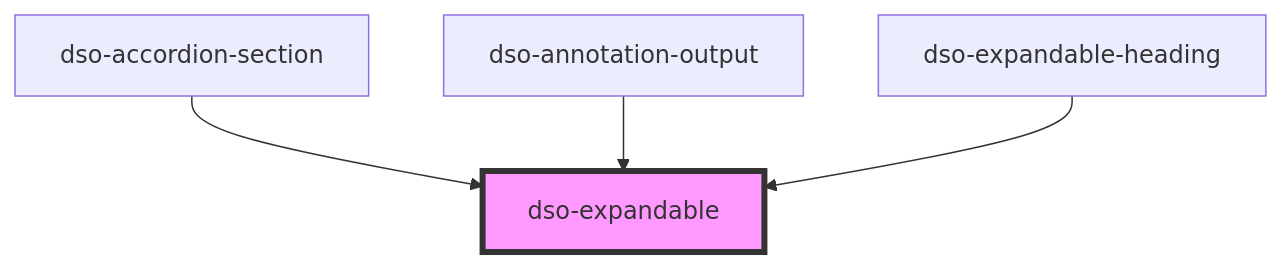
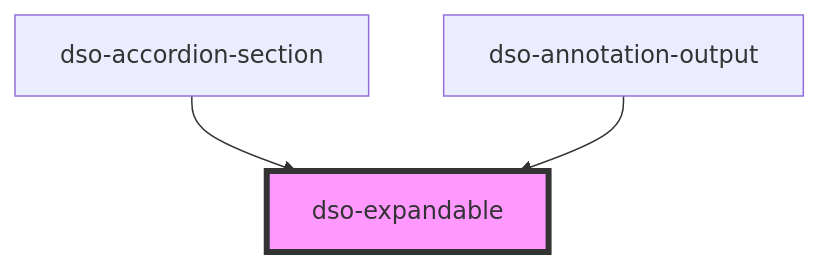
One commit to dso-toolkit/dso-toolkit changed the diagram in packages/core/src/components/expandable/readme.md. Above: the diagram before and after it, drawn with Mermaid. The commit also changed other lines of this file and 93 other files, not shown here.

````diff
--- a/packages/core/src/components/expandable/readme.md
+++ b/packages/core/src/components/expandable/readme.md
@@ -31,7 +30,6 @@
 ```mermaid
 graph TD;
   dso-accordion-section --> dso-expandable
   dso-annotation-output --> dso-expandable
-  dso-expandable-heading --> dso-expandable
   style dso-expandable fill:#f9f,stroke:#333,stroke-width:4px
 ```
````
